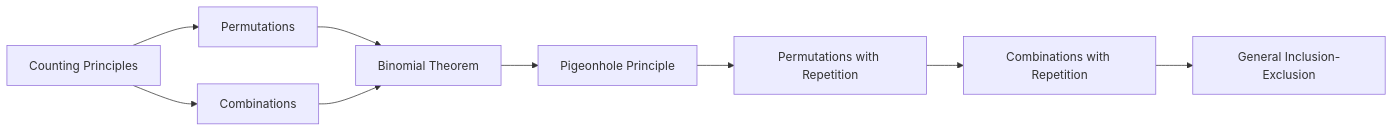
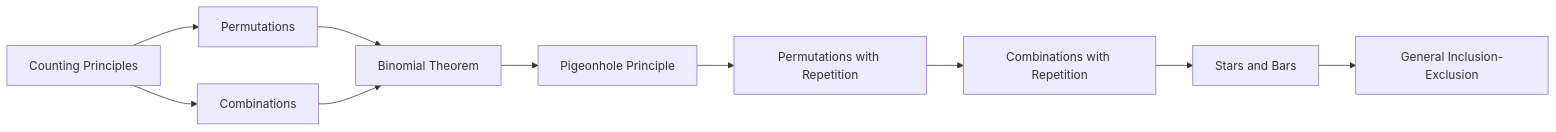
The diagram in docs/courses/discrete-mathematics/05-combinatorics.md (Raushan666java/ai-engineering-journey), drawn with Mermaid before and after one commit. The commit also changed other lines of this file and 62 other files, not shown here.

````diff
--- a/docs/courses/discrete-mathematics/05-combinatorics.md
+++ b/docs/courses/discrete-mathematics/05-combinatorics.md
@@ -28,11 +31,12 @@
 ```mermaid
 flowchart LR
     A[Counting Principles] --> B[Permutations]
     A --> C[Combinations]
     B --> D[Binomial Theorem]
     C --> D
     D --> E[Pigeonhole Principle]
     E --> F[Permutations with Repetition]
     F --> G[Combinations with Repetition]
-    G --> H[General Inclusion-Exclusion]
+    G --> H[Stars and Bars]
+    H --> I[General Inclusion-Exclusion]
 ```
````
